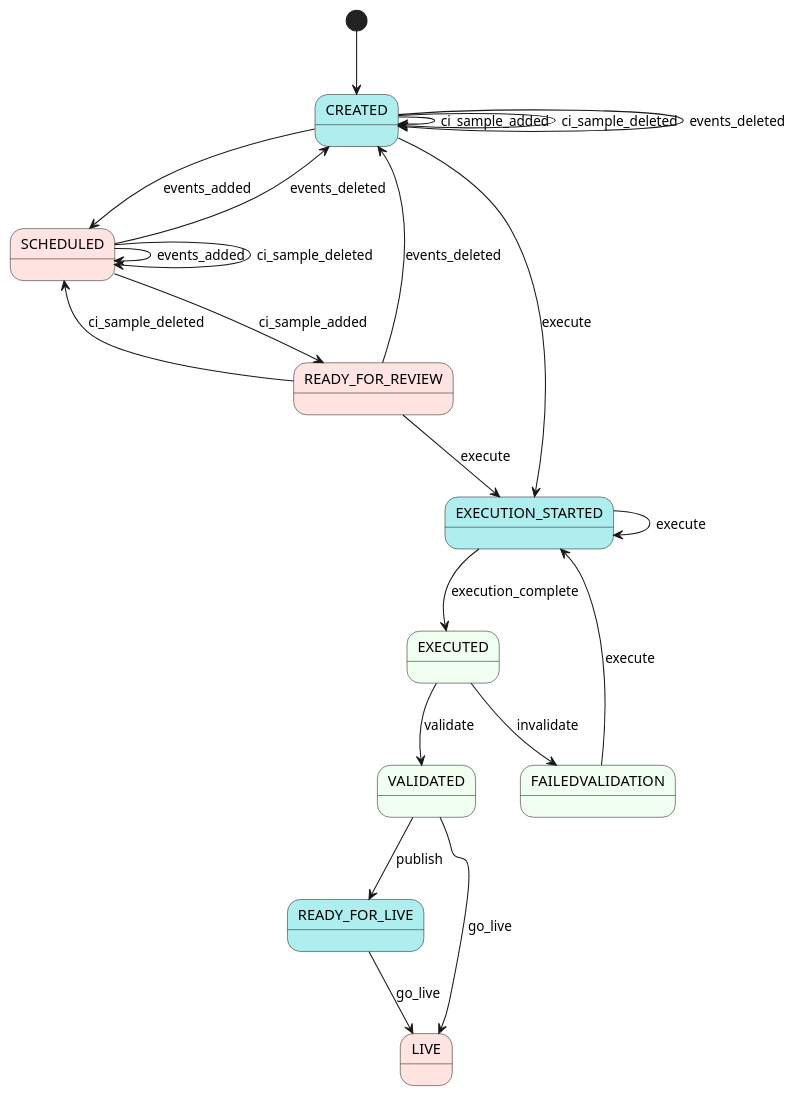
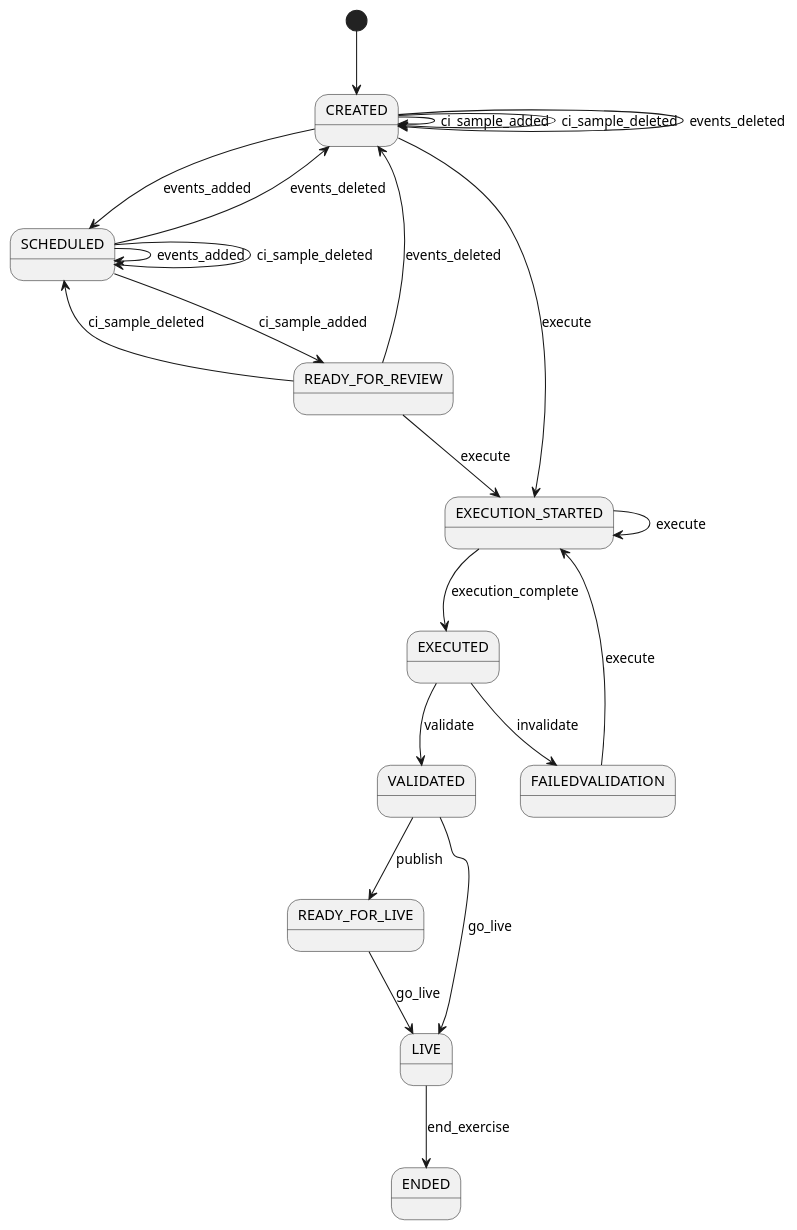
The diagram in diagrams/collection-exercise-new-states.puml (ONSdigital/rm-collection-exercise-service), drawn with PlantUML before and after one commit. The commit also changed 11 other files, not shown here.

First line of the commit message:
Add exercise ended state (#275)

```diff
--- a/diagrams/collection-exercise-new-states.puml
+++ b/diagrams/collection-exercise-new-states.puml
@@ -1,33 +1,26 @@
 @startuml
-skinparam state {
-    BackgroundColor HoneyDew
-    BackgroundColor<<New>> MistyRose
-    BackgroundColor<<Changed>> PaleTurquoise
-}
-skinparam note {
-    BackgroundColor<<New>> MistyRose
-    BackgroundColor<<Changed>> PaleTurquoise
-}
 
 [*] --> CREATED
-CREATED<<Changed>> --> CREATED : ci_sample_added
-CREATED<<Changed>> --> CREATED : ci_sample_deleted
-CREATED<<Changed>> --> CREATED : events_deleted
-CREATED<<Changed>> --> SCHEDULED : events_added
+CREATED --> CREATED : ci_sample_added
+CREATED --> CREATED : ci_sample_deleted
+CREATED --> CREATED : events_deleted
+CREATED --> SCHEDULED : events_added
 CREATED --> EXECUTION_STARTED : execute
-SCHEDULED<<New>> --> SCHEDULED : events_added
-SCHEDULED<<New>> --> SCHEDULED : ci_sample_deleted
-SCHEDULED<<New>> --> READY_FOR_REVIEW : ci_sample_added
-READY_FOR_REVIEW<<New>> --> SCHEDULED : ci_sample_deleted
-READY_FOR_REVIEW<<New>> --> CREATED : events_deleted
-SCHEDULED<<New>> --> CREATED : events_deleted
-READY_FOR_REVIEW<<New>> --> EXECUTION_STARTED : execute
-EXECUTION_STARTED<<Changed>> --> EXECUTION_STARTED : execute
+SCHEDULED --> SCHEDULED : events_added
+SCHEDULED --> SCHEDULED : ci_sample_deleted
+SCHEDULED --> READY_FOR_REVIEW : ci_sample_added
+READY_FOR_REVIEW --> SCHEDULED : ci_sample_deleted
+READY_FOR_REVIEW --> CREATED : events_deleted
+SCHEDULED --> CREATED : events_deleted
+READY_FOR_REVIEW --> EXECUTION_STARTED : execute
+EXECUTION_STARTED --> EXECUTION_STARTED : execute
 EXECUTION_STARTED --> EXECUTED : execution_complete
+FAILEDVALIDATION --> EXECUTION_STARTED : execute
 EXECUTED --> VALIDATED : validate
 EXECUTED --> FAILEDVALIDATION : invalidate
-VALIDATED --> READY_FOR_LIVE<<Changed>> : publish
-VALIDATED  --> LIVE : go_live
-READY_FOR_LIVE --> LIVE<<New>> : go_live
-FAILEDVALIDATION --> EXECUTION_STARTED : execute
+VALIDATED --> READY_FOR_LIVE : publish
+VALIDATED --> LIVE : go_live
+READY_FOR_LIVE --> LIVE : go_live
+LIVE --> ENDED : end_exercise
+
 @enduml
```
